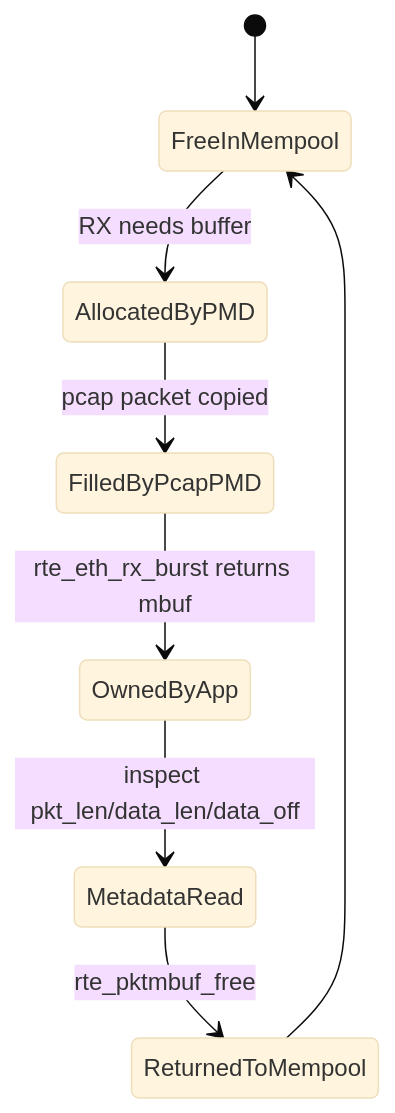
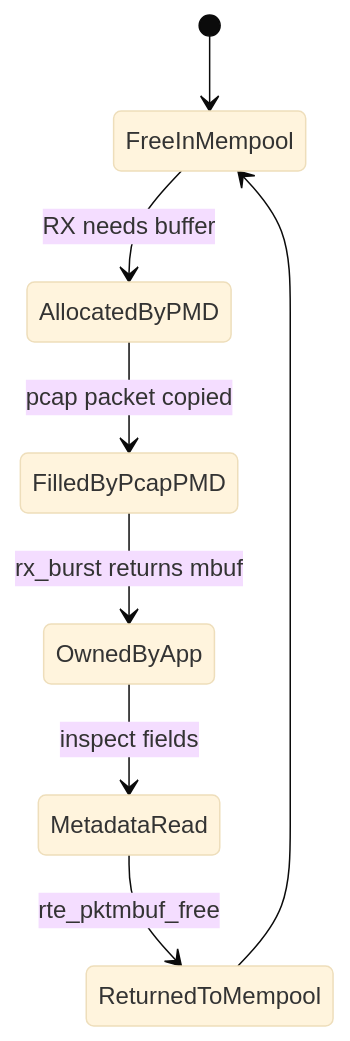
One commit to gwpptm007/driver-lab changed the fourth of 9 diagrams in linux-driver-lab/track-dpdk-advanced/docs/04_ARCHITECTURE_PRINCIPLES.md. Above: the diagram before and after it, drawn with Mermaid (base theme). The commit also changed other lines of this file and 79 other files, not shown here.

````diff
--- a/linux-driver-lab/track-dpdk-advanced/docs/04_ARCHITECTURE_PRINCIPLES.md
+++ b/linux-driver-lab/track-dpdk-advanced/docs/04_ARCHITECTURE_PRINCIPLES.md
@@ -114,10 +112,10 @@
 ```mermaid
 stateDiagram-v2
     [*] --> FreeInMempool
     FreeInMempool --> AllocatedByPMD: RX needs buffer
     AllocatedByPMD --> FilledByPcapPMD: pcap packet copied
-    FilledByPcapPMD --> OwnedByApp: rte_eth_rx_burst returns mbuf
-    OwnedByApp --> MetadataRead: inspect pkt_len/data_len/data_off
+    FilledByPcapPMD --> OwnedByApp: rx_burst returns mbuf
+    OwnedByApp --> MetadataRead: inspect fields
     MetadataRead --> ReturnedToMempool: rte_pktmbuf_free
     ReturnedToMempool --> FreeInMempool
 ```
````
